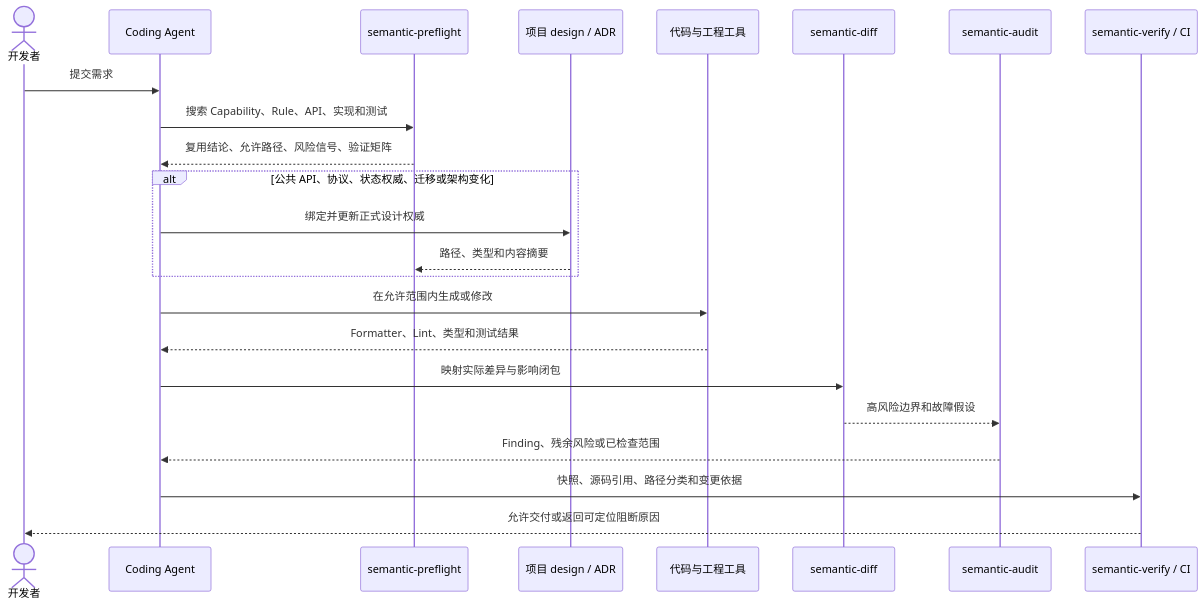
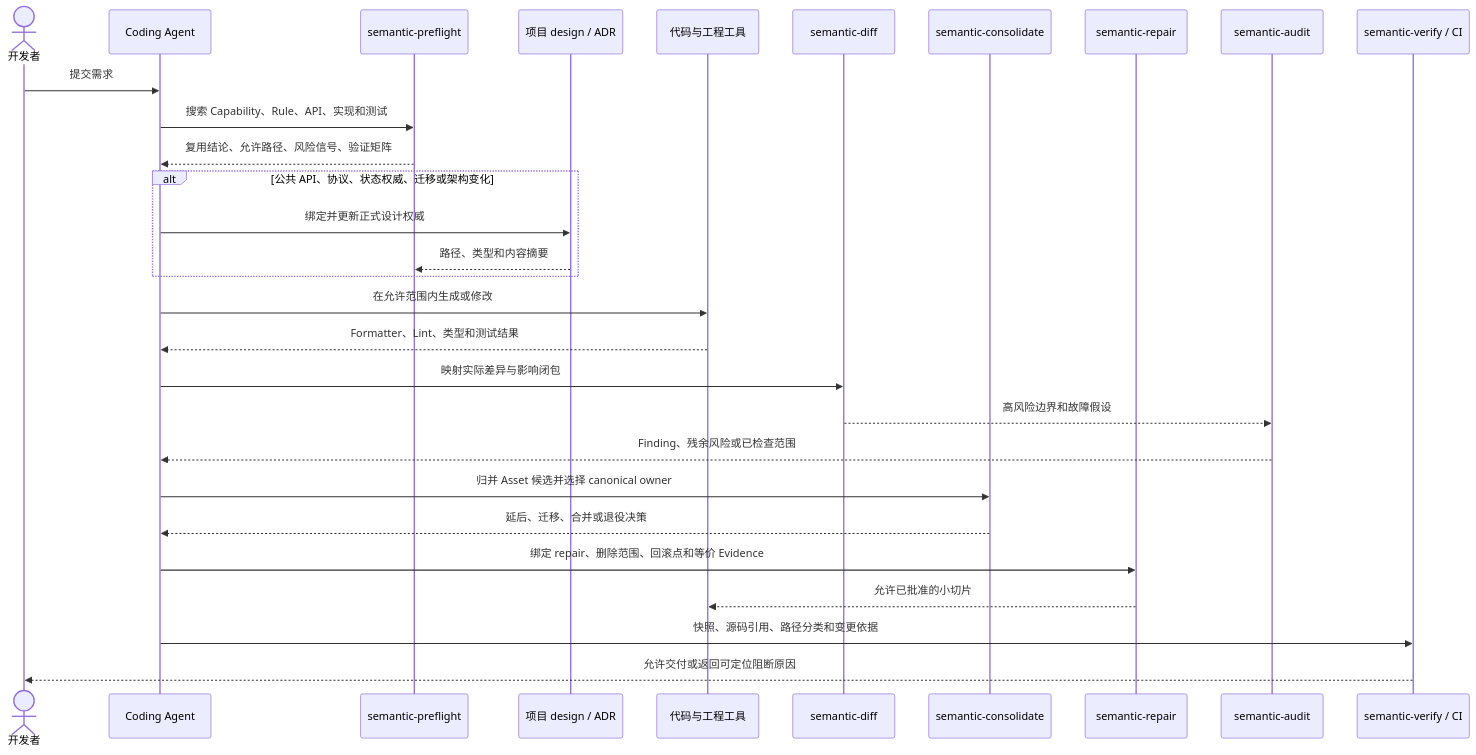
Before and after one commit to EchoYue-lp/echo-semantic: the eighth of 9 diagrams in docs/supreme/specs/plugin-architecture/design.md, drawn with Mermaid. The commit also changed other lines of this file and 68 other files, not shown here.

````diff
--- a/docs/supreme/specs/plugin-architecture/design.md
+++ b/docs/supreme/specs/plugin-architecture/design.md
@@ -365,26 +383,32 @@
 ```mermaid
 sequenceDiagram
   actor User as 开发者
   participant Agent as Coding Agent
   participant Preflight as semantic-preflight
   participant Authority as 项目 design / ADR
   participant Code as 代码与工程工具
   participant Diff as semantic-diff
+  participant Consolidate as semantic-consolidate
+  participant Repair as semantic-repair
   participant Audit as semantic-audit
   participant Verify as semantic-verify / CI
 
   User->>Agent: 提交需求
   Agent->>Preflight: 搜索 Capability、Rule、API、实现和测试
   Preflight-->>Agent: 复用结论、允许路径、风险信号、验证矩阵
   alt 公共 API、协议、状态权威、迁移或架构变化
     Agent->>Authority: 绑定并更新正式设计权威
     Authority-->>Preflight: 路径、类型和内容摘要
   end
   Agent->>Code: 在允许范围内生成或修改
   Code-->>Agent: Formatter、Lint、类型和测试结果
   Agent->>Diff: 映射实际差异与影响闭包
   Diff-->>Audit: 高风险边界和故障假设
   Audit-->>Agent: Finding、残余风险或已检查范围
+  Agent->>Consolidate: 归并 Asset 候选并选择 canonical owner
+  Consolidate-->>Agent: 延后、迁移、合并或退役决策
+  Agent->>Repair: 绑定 repair、删除范围、回滚点和等价 Evidence
+  Repair-->>Code: 允许已批准的小切片
   Agent->>Verify: 快照、源码引用、路径分类和变更依据
   Verify-->>User: 允许交付或返回可定位阻断原因
 ```
````
